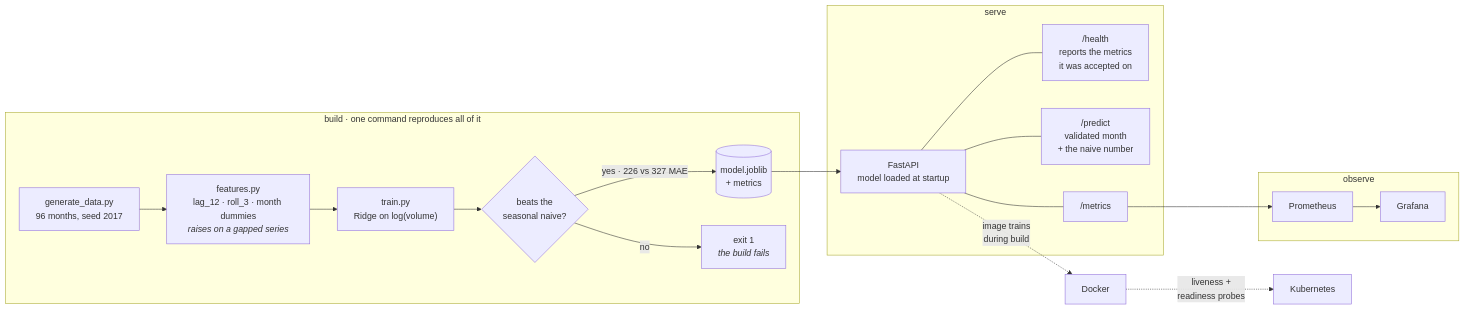
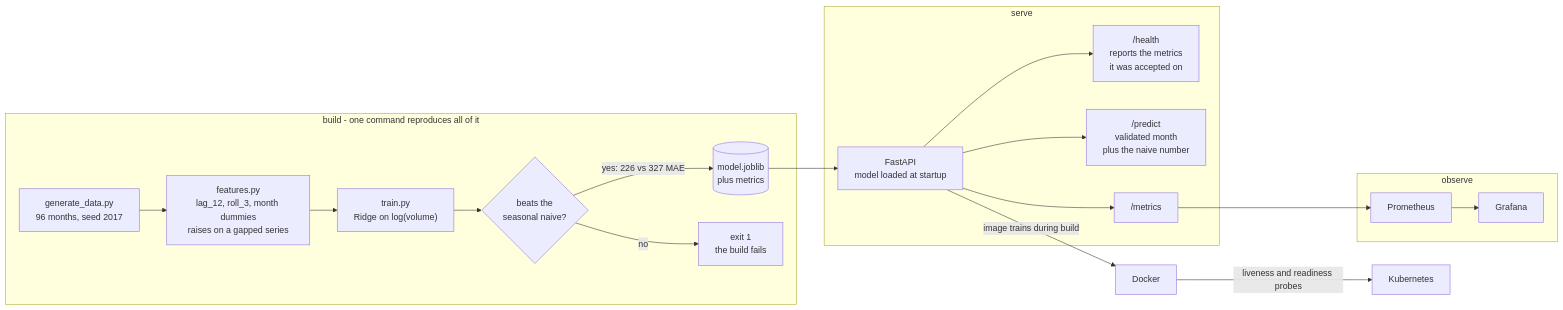
Before and after one commit to T92T1914/freight-forecast: the diagram in README.md, drawn with Mermaid.

Commit message:
README: fix the mermaid diagram, which was not rendering
GitHub showed 'Unable to render rich display' and fell back to the raw
source. Rewritten in conservative syntax: edge labels as -->|text|
rather than -- "text" -->, no inline <i> tags in node labels, and no
middot in a subgraph title.

````diff
--- a/README.md
+++ b/README.md
@@ -55,30 +55,37 @@
 ```mermaid
 flowchart LR
-    subgraph build ["build · one command reproduces all of it"]
+    subgraph build["build - one command reproduces all of it"]
         gen["generate_data.py<br/>96 months, seed 2017"]
-        feat["features.py<br/>lag_12 · roll_3 · month dummies<br/><i>raises on a gapped series</i>"]
+        feat["features.py<br/>lag_12, roll_3, month dummies<br/>raises on a gapped series"]
         train["train.py<br/>Ridge on log(volume)"]
         gate{"beats the<br/>seasonal naive?"}
-        art[("model.joblib<br/>+ metrics")]
-        gen --> feat --> train --> gate
-        gate -- "no" --> fail["exit 1<br/><i>the build fails</i>"]
-        gate -- "yes · 226 vs 327 MAE" --> art
+        art[("model.joblib<br/>plus metrics")]
+        fail["exit 1<br/>the build fails"]
+        gen --> feat
+        feat --> train
+        train --> gate
+        gate -->|no| fail
+        gate -->|"yes: 226 vs 327 MAE"| art
     end
 
-    subgraph serve ["serve"]
+    subgraph serve["serve"]
         api["FastAPI<br/>model loaded at startup"]
-        art --> api
-        api --- health["/health<br/>reports the metrics<br/>it was accepted on"]
-        api --- pred["/predict<br/>validated month<br/>+ the naive number"]
-        api --- met["/metrics"]
+        health["/health<br/>reports the metrics<br/>it was accepted on"]
+        pred["/predict<br/>validated month<br/>plus the naive number"]
+        met["/metrics"]
+        api --> health
+        api --> pred
+        api --> met
     end
 
-    subgraph obs ["observe"]
+    subgraph obs["observe"]
         prom["Prometheus"]
         graf["Grafana"]
-        met --> prom --> graf
+        prom --> graf
     end
 
-    api -.->|"image trains<br/>during build"| docker["Docker"]
-    docker -.->|"liveness +<br/>readiness probes"| k8s["Kubernetes"]
+    art --> api
+    met --> prom
+    api -->|"image trains during build"| docker["Docker"]
+    docker -->|"liveness and readiness probes"| k8s["Kubernetes"]
 ```
````
